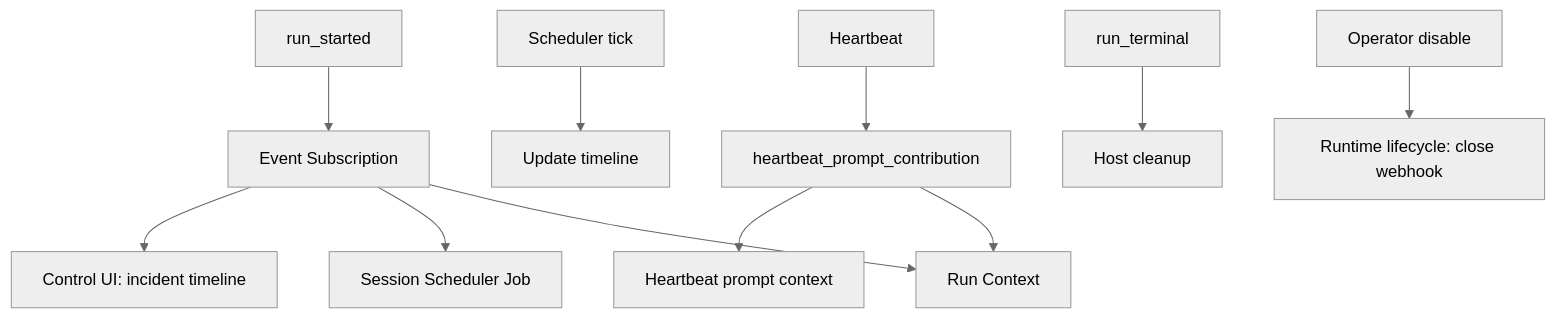
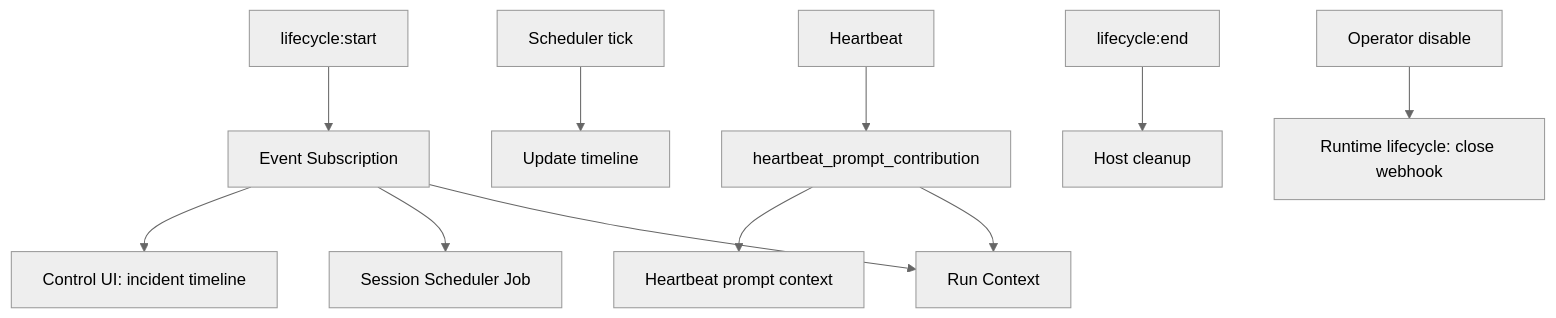
One commit to openclaw/openclaw changed diagram 19 of 23 in docs/plugins/host-hooks-examples.md. Above: the diagram before and after it, drawn with Mermaid (neutral theme). The commit also changed other lines of this file, not shown here.

Commit message:
docs(plugin-sdk): use agent event payload shape in examples

````diff
--- a/docs/plugins/host-hooks-examples.md
+++ b/docs/plugins/host-hooks-examples.md
@@ -1975,16 +1993,16 @@
 ```mermaid
 flowchart TD
-  RunStart[run_started] --> Sub[Event Subscription]
+  RunStart["lifecycle:start"] --> Sub[Event Subscription]
   Sub --> Ctx[Run Context]
   Sub --> Sched[Session Scheduler Job]
   Sub --> UI[Control UI: incident timeline]
 
   Tick[Scheduler tick] --> UpdateUI[Update timeline]
 
   HB[Heartbeat] --> Contrib[heartbeat_prompt_contribution]
   Contrib --> Ctx
   Contrib --> Prompt[Heartbeat prompt context]
 
-  RunEnd[run_terminal] --> Cleanup[Host cleanup]
+  RunEnd["lifecycle:end"] --> Cleanup[Host cleanup]
   Disable[Operator disable] --> RTL[Runtime lifecycle: close webhook]
 ```
````
